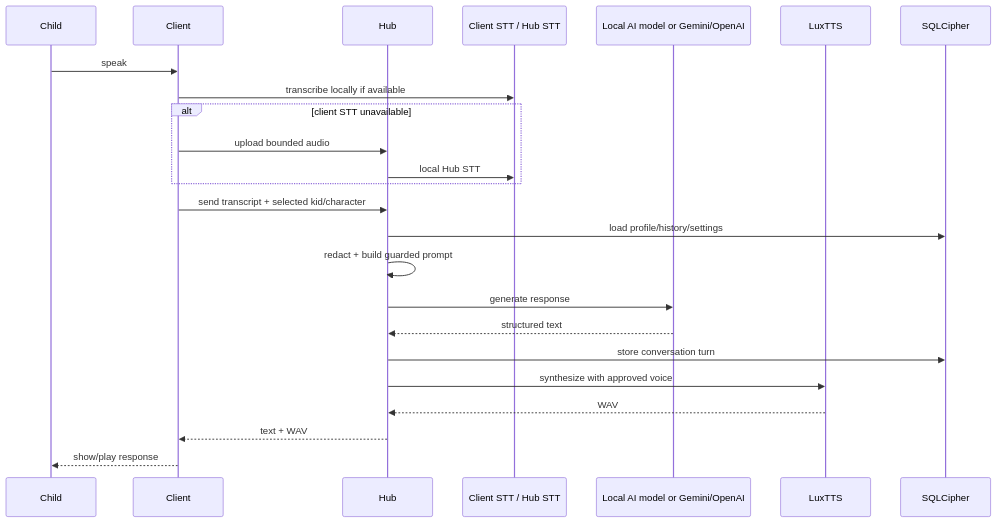
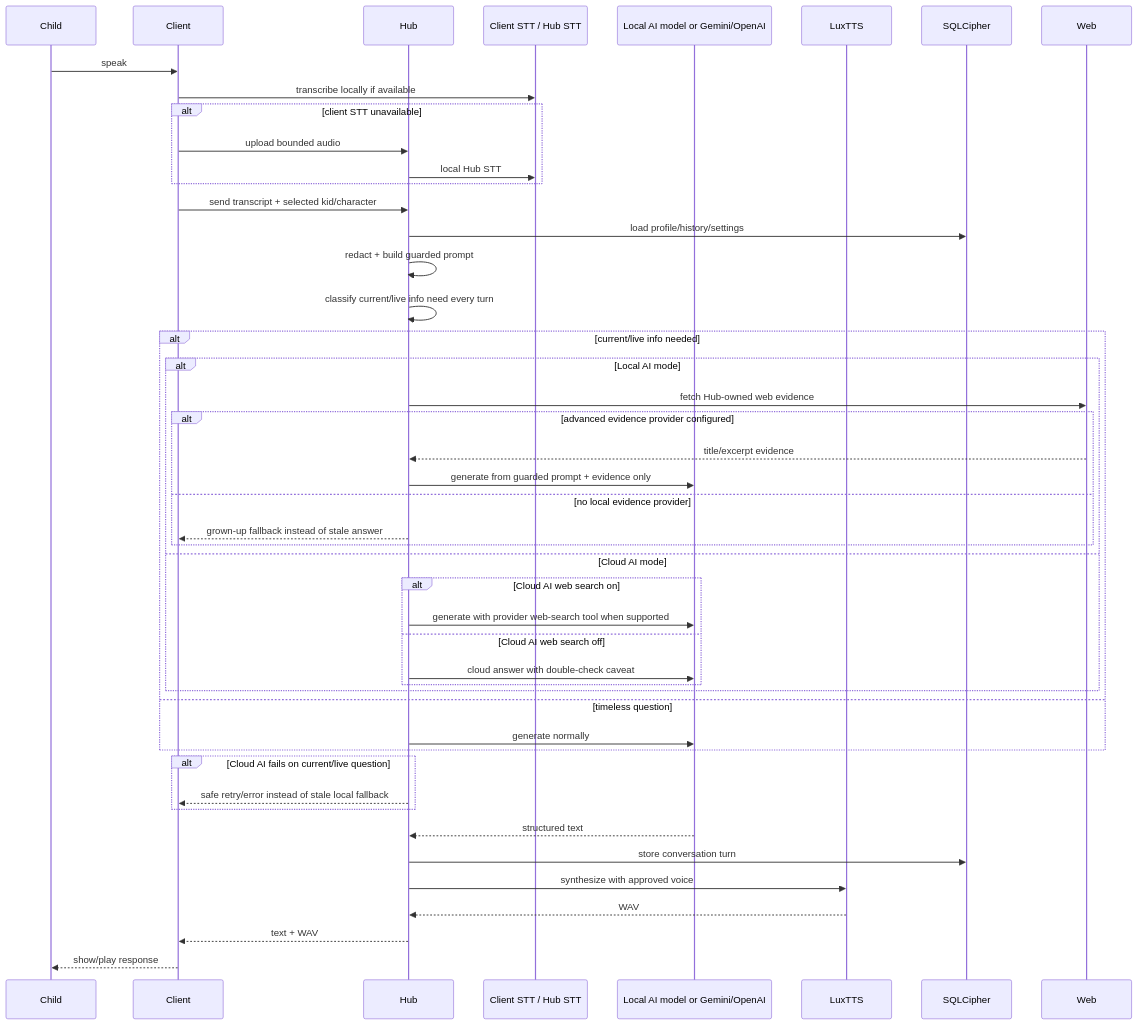
The fourth of 4 diagrams in docs/architecture/SYSTEM_DESIGN.md (palwe-prafulla/plushpal), drawn with Mermaid before and after one commit. The commit also changed other lines of this file and 50 other files, not shown here.

Commit message:
Finalize ToyTalk v2 hub architecture

````diff
--- a/docs/architecture/SYSTEM_DESIGN.md
+++ b/docs/architecture/SYSTEM_DESIGN.md
@@ -477,27 +479,49 @@
 ```mermaid
 sequenceDiagram
     participant Child
     participant Client
     participant Hub
     participant STT as Client STT / Hub STT
     participant Reason as Local AI model or Gemini/OpenAI
     participant Lux as LuxTTS
     participant DB as SQLCipher
 
     Child->>Client: speak
     Client->>STT: transcribe locally if available
     alt client STT unavailable
         Client->>Hub: upload bounded audio
         Hub->>STT: local Hub STT
     end
     Client->>Hub: send transcript + selected kid/character
     Hub->>DB: load profile/history/settings
     Hub->>Hub: redact + build guarded prompt
-    Hub->>Reason: generate response
+    Hub->>Hub: classify current/live info need every turn
+    alt current/live info needed
+        alt Local AI mode
+            Hub->>Web: fetch Hub-owned web evidence
+            alt advanced evidence provider configured
+                Web-->>Hub: title/excerpt evidence
+                Hub->>Reason: generate from guarded prompt + evidence only
+            else no local evidence provider
+                Hub-->>Client: grown-up fallback instead of stale answer
+            end
+        else Cloud AI mode
+            alt Cloud AI web search on
+                Hub->>Reason: generate with provider web-search tool when supported
+            else Cloud AI web search off
+                Hub->>Reason: cloud answer with double-check caveat
+            end
+        end
+    else timeless question
+        Hub->>Reason: generate normally
+    end
+    alt Cloud AI fails on current/live question
+        Hub-->>Client: safe retry/error instead of stale local fallback
+    end
     Reason-->>Hub: structured text
     Hub->>DB: store conversation turn
     Hub->>Lux: synthesize with approved voice
     Lux-->>Hub: WAV
     Hub-->>Client: text + WAV
     Client-->>Child: show/play response
 ```
````
